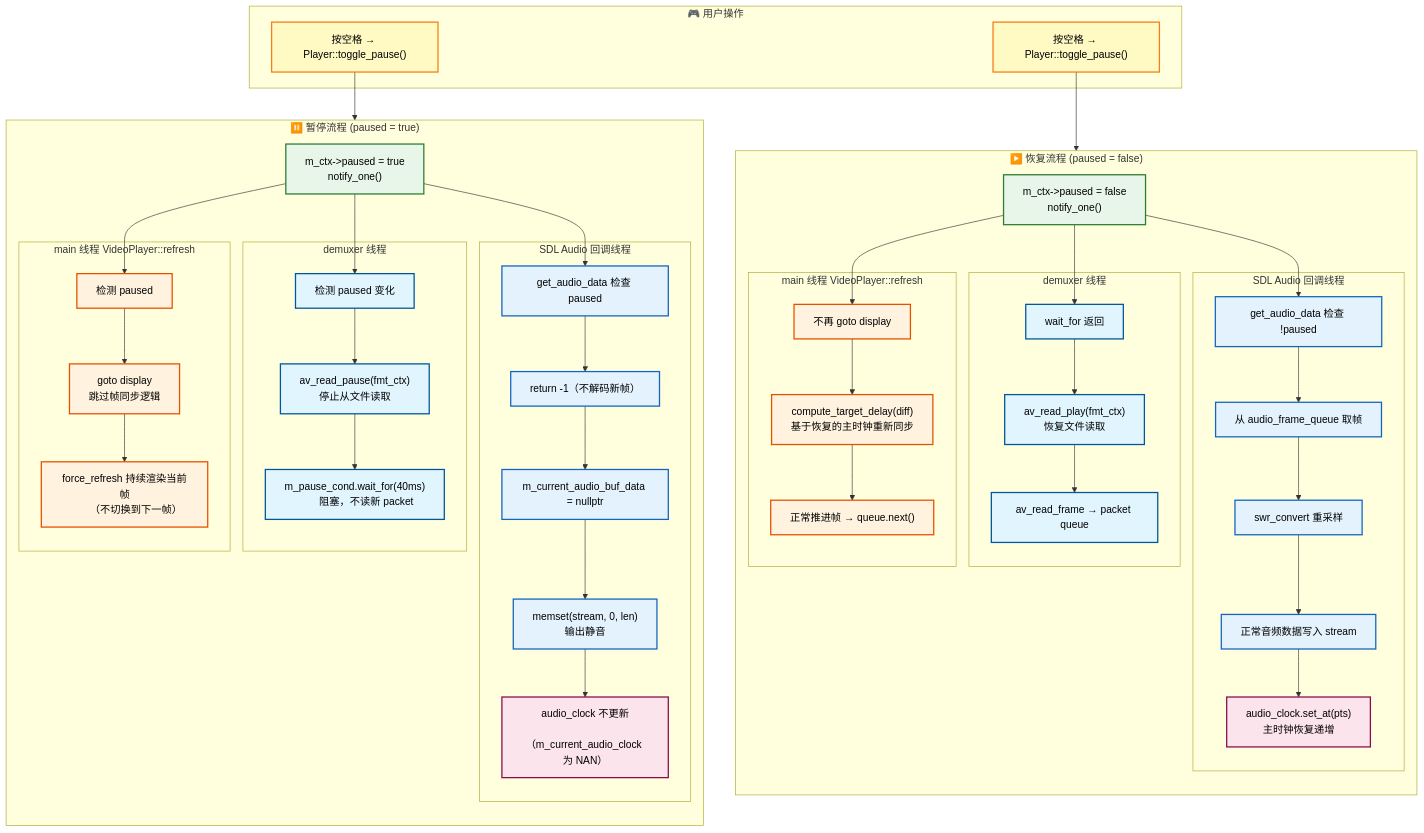
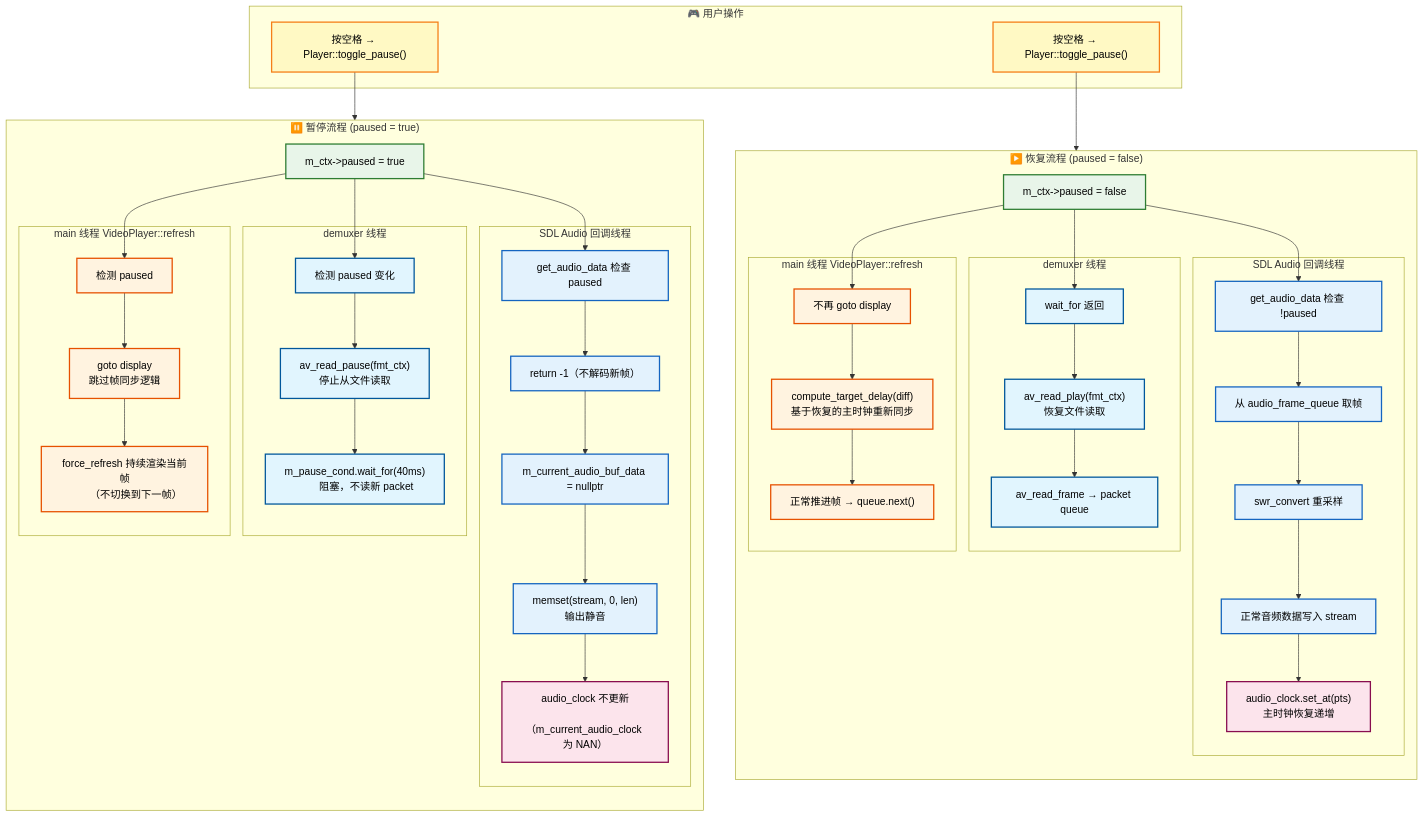
The sixth of 12 diagrams in Design.md (davin-lin/CustomDataPlayer), drawn with Mermaid before and after one commit. The commit also changed 10 other files, not shown here.

```diff
--- a/Design.md
+++ b/Design.md
@@ -519,8 +519,7 @@
     %% ===== 暂停分支 =====
     subgraph Pause["⏸️ 暂停流程 (paused = true)"]
         direction TB
-        P_Core["m_ctx->paused = true
-        notify_one()"]:::action
+        P_Core["m_ctx->paused = true"]:::action
 
         subgraph P_Demux["demuxer 线程"]
             P_D1["检测 paused 变化"]:::demux
@@ -552,8 +551,7 @@
     %% ===== 恢复分支 =====
     subgraph Resume["▶️ 恢复流程 (paused = false)"]
         direction TB
-        R_Core["m_ctx->paused = false
-        notify_one()"]:::action
+        R_Core["m_ctx->paused = false"]:::action
 
         subgraph R_Demux["demuxer 线程"]
             R_D1["wait_for 返回"]:::demux
```
